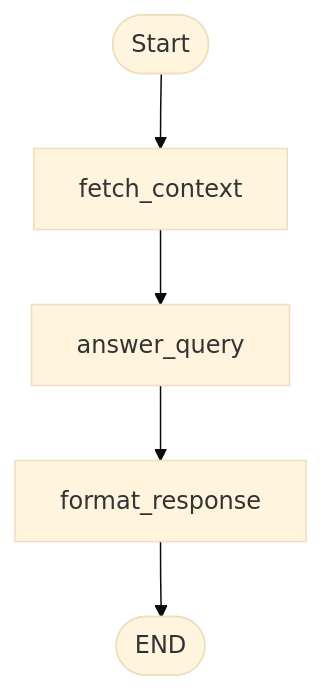
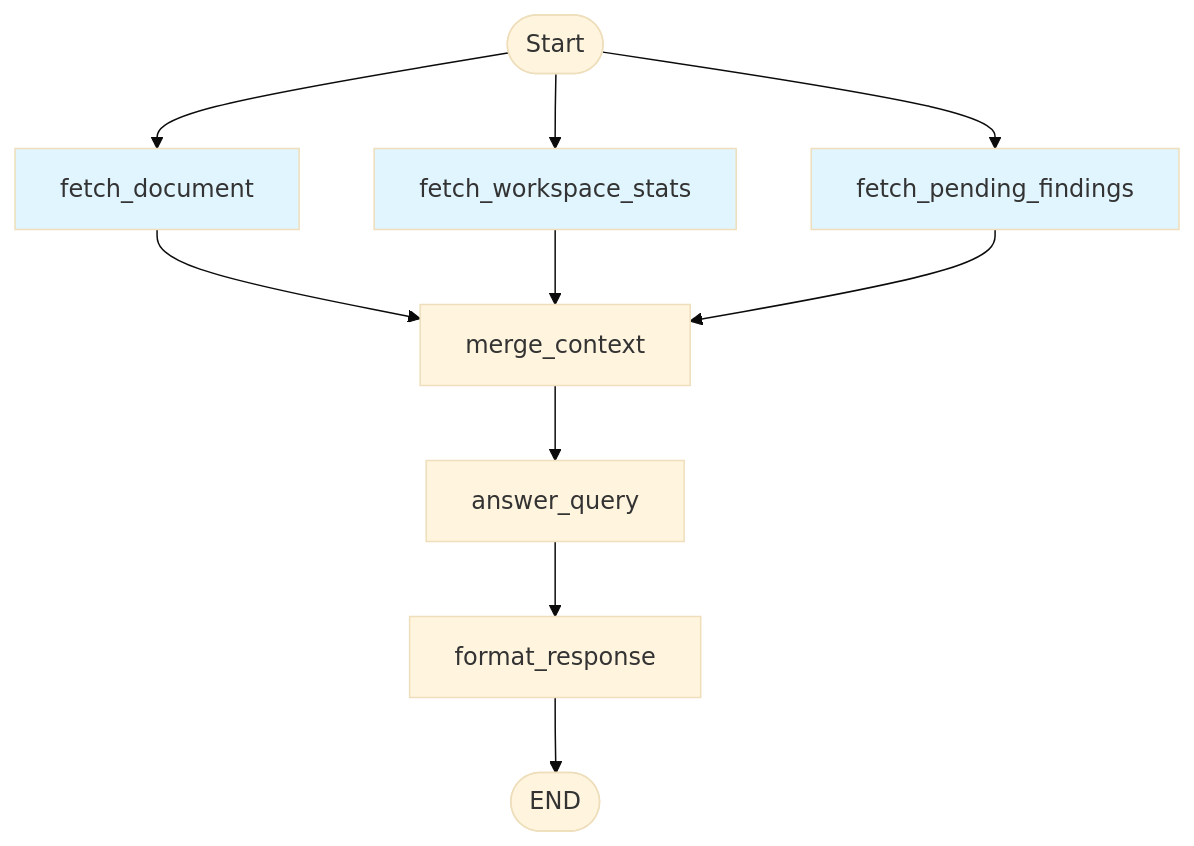
The second of 2 diagrams in FLEETGRAPH.md (lramosve/fleetgraph), drawn with Mermaid (base theme) before and after one commit. The commit also changed other lines of this file and 9 other files, not shown here.

````diff
--- a/FLEETGRAPH.md
+++ b/FLEETGRAPH.md
@@ -46,7 +62,16 @@
 ```mermaid
 graph TD
-    START([Start]) --> fetch_context
-    fetch_context --> answer_query
+    START([Start]) --> fetch_document
+    START --> fetch_workspace_stats
+    START --> fetch_pending_findings
+    fetch_document --> merge_context
+    fetch_workspace_stats --> merge_context
+    fetch_pending_findings --> merge_context
+    merge_context --> answer_query
     answer_query --> format_response
     format_response --> END([END])
+
+    style fetch_document fill:#e1f5fe
+    style fetch_workspace_stats fill:#e1f5fe
+    style fetch_pending_findings fill:#e1f5fe
 ```
````
